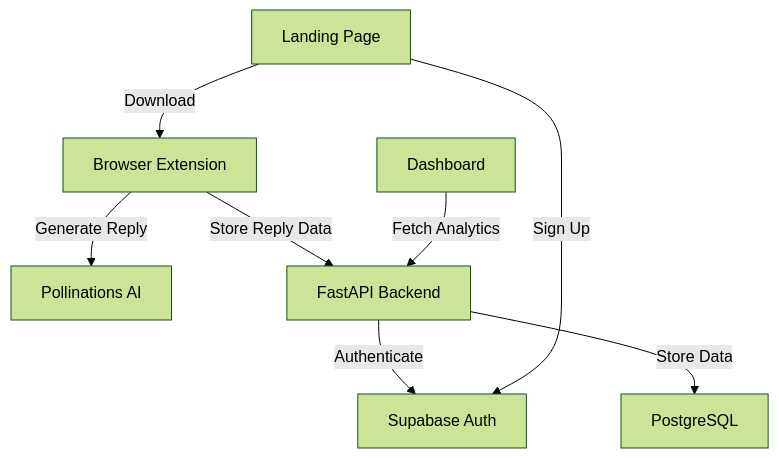
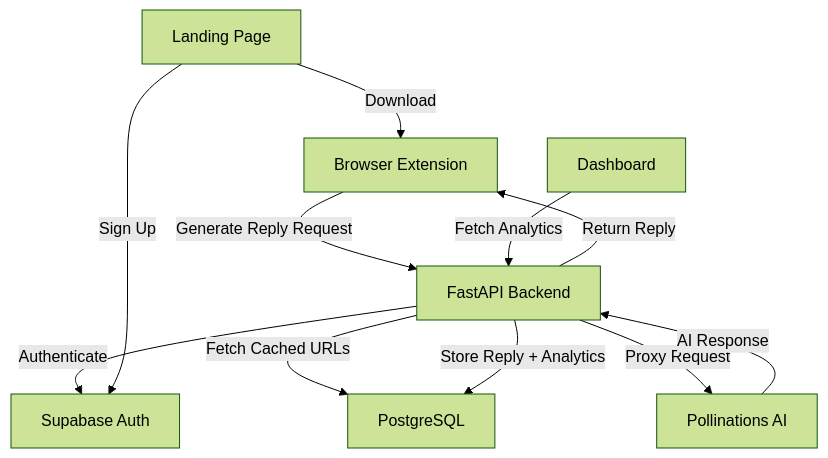
One commit to chrisbuildsonline/HumanReplies changed the diagram in README.md. Above: the diagram before and after it, drawn with Mermaid (forest theme). The commit also changed other lines of this file and 13 other files, not shown here.

````diff
--- a/README.md
+++ b/README.md
@@ -296,10 +382,13 @@
 ```mermaid
 graph TD
-    A[Browser Extension] -->|Generate Reply| B[Pollinations AI]
-    A -->|Store Reply Data| C[FastAPI Backend]
+    A[Browser Extension] -->|Generate Reply Request| C[FastAPI Backend]
+    C -->|Fetch Cached URLs| E[PostgreSQL]
+    C -->|Proxy Request| B[Pollinations AI]
+    B -->|AI Response| C
+    C -->|Store Reply + Analytics| E
+    C -->|Return Reply| A
     C -->|Authenticate| D[Supabase Auth]
-    C -->|Store Data| E[PostgreSQL]
     F[Dashboard] -->|Fetch Analytics| C
     G[Landing Page] -->|Sign Up| D
     G -->|Download| A
 ```
````
